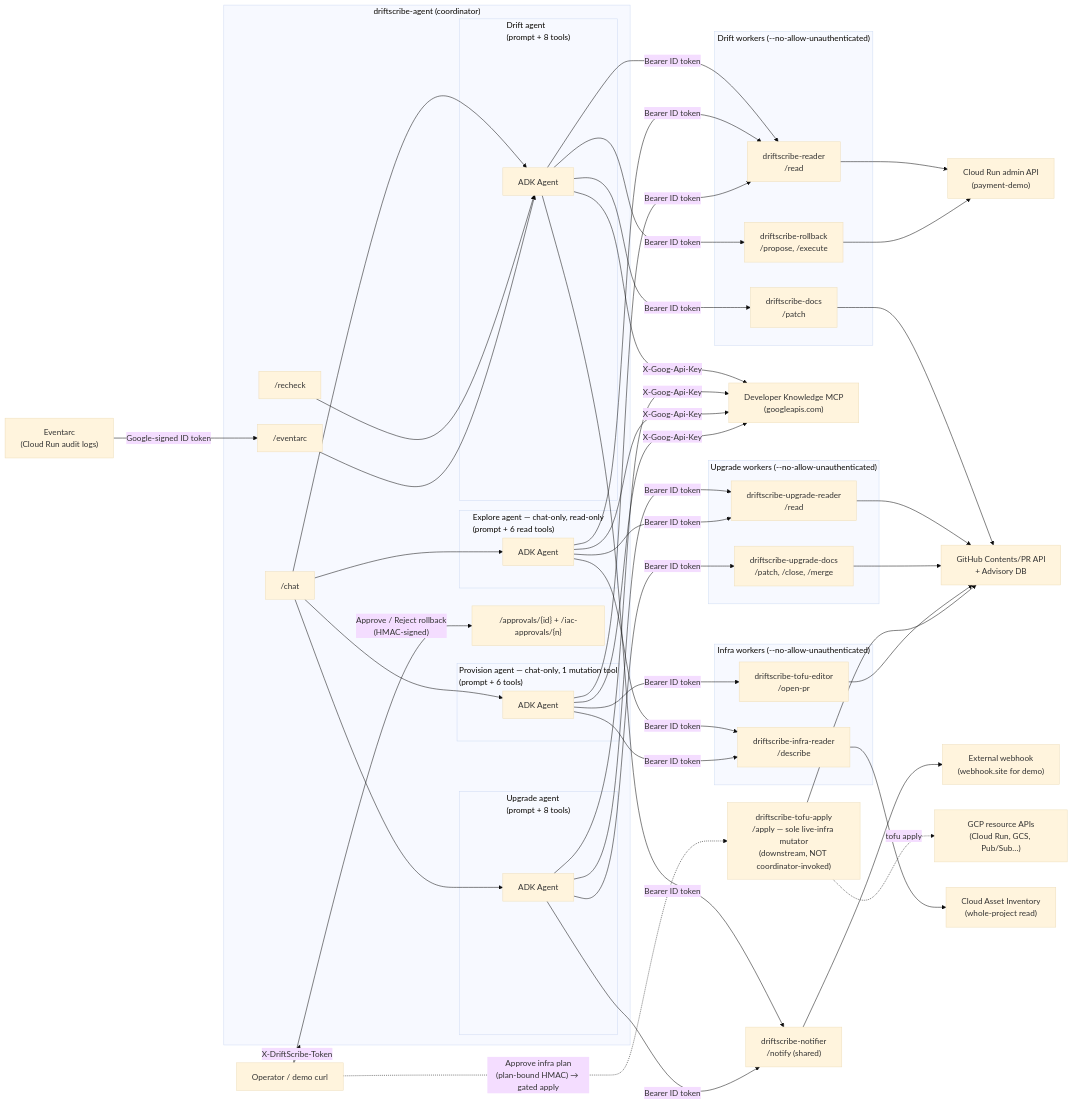
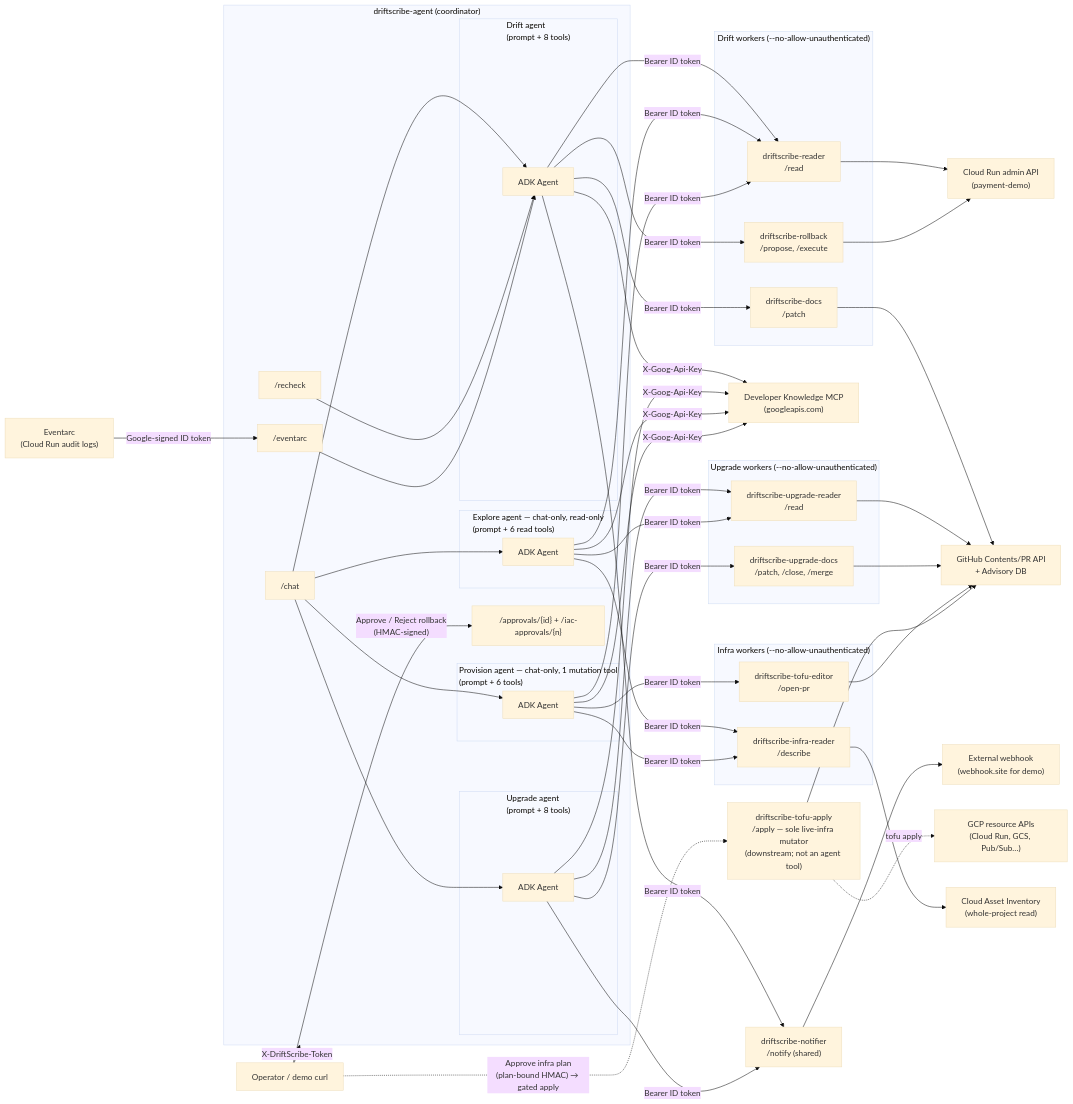
One commit to adi-prasetyo/driftscribe changed the diagram in docs/architecture/multi-agent-design.md. Above: the diagram before and after it, drawn with Mermaid (base theme). The commit also changed other lines of this file and 2 other files, not shown here.

First line of the commit message:
docs: accuracy fixes from Codex review (tofu-apply framing, worker schemas)

```diff
--- a/docs/architecture/multi-agent-design.md
+++ b/docs/architecture/multi-agent-design.md
@@ -44,8 +44,9 @@
         Chat --> ADKp
         Recheck --> ADKd
         Eventarc --> ADKd
-        %% /recheck serves drift; upgrade is rechecked via GitHub branch
-        %% observation. explore + provision are chat-only —
+        %% /recheck serves drift only in this build; workload=upgrade
+        %% returns 503 (upgrade /recheck plumbing is post-Phase-17), and
+        %% explore + provision are chat-only —
         %% agent/main.py::CHAT_ONLY_WORKLOAD_NAMES refuses /recheck for them.
     end
 
@@ -63,7 +64,7 @@
         TofuEditor["driftscribe-tofu-editor\n/open-pr"]
     end
     Notifier["driftscribe-notifier\n/notify (shared)"]
-    TofuApply["driftscribe-tofu-apply\n/apply — sole live-infra mutator\n(downstream, NOT coordinator-invoked)"]
+    TofuApply["driftscribe-tofu-apply\n/apply — sole live-infra mutator\n(downstream; not an agent tool)"]
 
     Human -- "X-DriftScribe-Token" --> Coordinator
     Eventarc_GCP -- "Google-signed ID token" --> Eventarc
```
